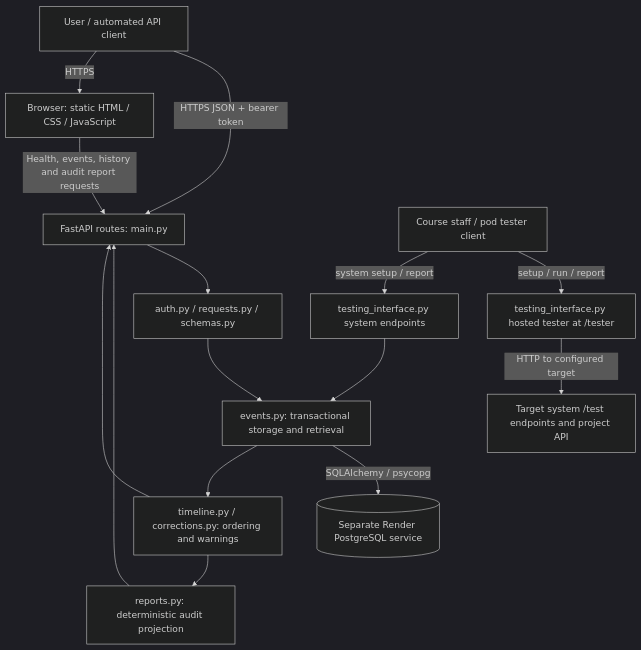
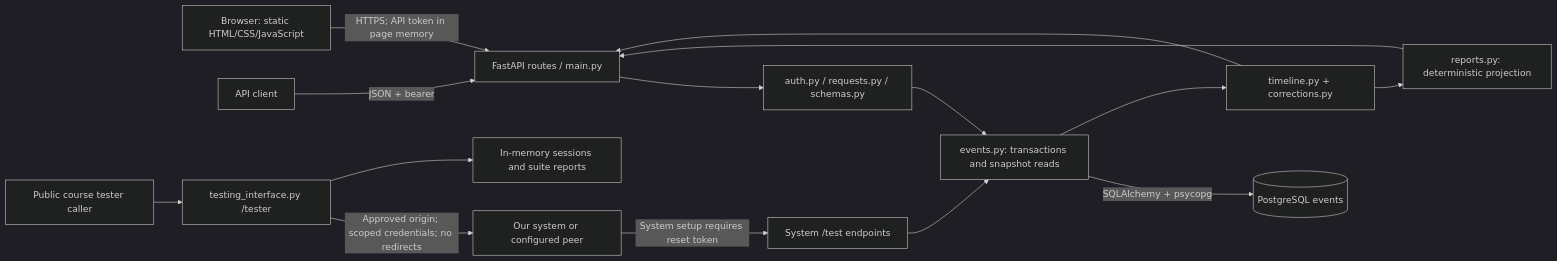
Before and after one commit to RamaniS123/TraceAI: the first of 3 diagrams in docs/architecture.md, drawn with Mermaid (dark theme). The commit also changed other lines of this file and 11 other files, not shown here.

````diff
--- a/docs/architecture.md
+++ b/docs/architecture.md
@@ -6,17 +10,17 @@
 ```mermaid
-flowchart TD
-    U[User / automated API client] -->|HTTPS JSON + bearer token| A[FastAPI routes: main.py]
-    U -->|HTTPS| F[Browser: static HTML / CSS / JavaScript]
-    F -->|Health, events, history and audit report requests| A
-    A --> V[auth.py / requests.py / schemas.py]
-    V --> E[events.py: transactional storage and retrieval]
-    E -->|SQLAlchemy / psycopg| D[(Separate Render PostgreSQL service)]
-    E --> T[timeline.py / corrections.py: ordering and warnings]
-    T --> R[reports.py: deterministic audit projection]
-    R --> A
-    T --> A
-    X[Course staff / pod tester client] -->|setup / run / report| C[testing_interface.py hosted tester at /tester]
-    C -->|HTTP to configured target| S[Target system /test endpoints and project API]
-    X -->|system setup / report| Y[testing_interface.py system endpoints]
-    Y --> E
+flowchart LR
+  B[Browser: static HTML/CSS/JavaScript] -->|HTTPS; API token in page memory| A[FastAPI routes / main.py]
+  C[API client] -->|JSON + bearer| A
+  A --> V[auth.py / requests.py / schemas.py]
+  V --> E[events.py: transactions and snapshot reads]
+  E -->|SQLAlchemy + psycopg| D[(PostgreSQL events)]
+  E --> T[timeline.py + corrections.py]
+  T --> R[reports.py: deterministic projection]
+  T --> A
+  R --> A
+  X[Public course tester caller] --> H[testing_interface.py /tester]
+  H -->|Approved origin; scoped credentials; no redirects| P[Our system or configured peer]
+  P -->|System setup requires reset token| S[System /test endpoints]
+  S --> E
+  H --> M[In-memory sessions and suite reports]
 ```
````
